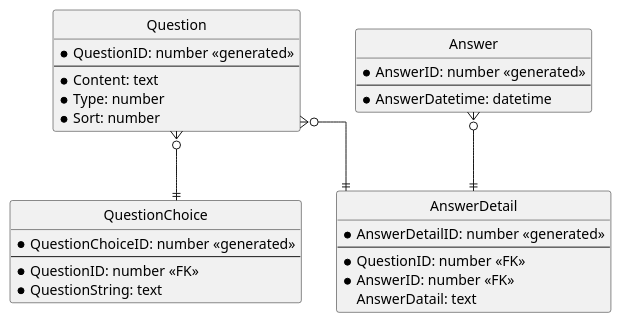
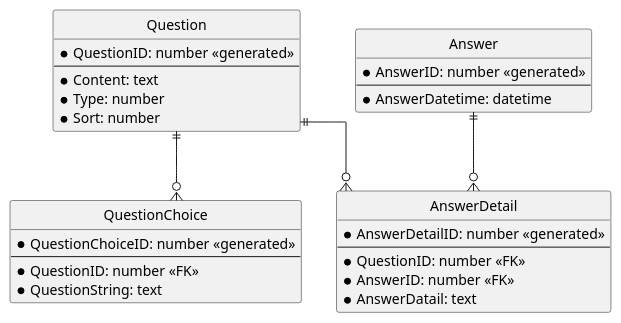
The diagram in docs/er-diagram.puml (yasuaki-344/questionary-investigation), drawn with PlantUML before and after one commit. The commit also changed 4 other files, not shown here.

```diff
--- a/docs/er-diagram.puml
+++ b/docs/er-diagram.puml
@@ -1,40 +1,40 @@
 @startuml entity-relationship
 ' hide the sport
 hide circle
 
 ' avoid problems with angled crows feet
 skinparam linetype ortho
 
 entity Question {
   * QuestionID: number <<generated>>
   --
   * Content: text
   * Type: number
   * Sort: number
 }
 
 entity QuestionChoice {
   * QuestionChoiceID: number <<generated>>
   --
   * QuestionID: number <<FK>>
   * QuestionString: text
 }
 
 entity Answer {
   * AnswerID: number <<generated>>
   --
   * AnswerDatetime: datetime
 }
 
 entity AnswerDetail {
   * AnswerDetailID: number <<generated>>
   --
   * QuestionID: number <<FK>>
   * AnswerID: number <<FK>>
-  AnswerDatail: text
+  * AnswerDatail: text
 }
 
-Answer }o--|| AnswerDetail
-Question }o--|| QuestionChoice
-Question }o--|| AnswerDetail
+Answer ||--o{ AnswerDetail
+Question ||--o{ QuestionChoice
+Question ||--o{ AnswerDetail
 @enduml
```
